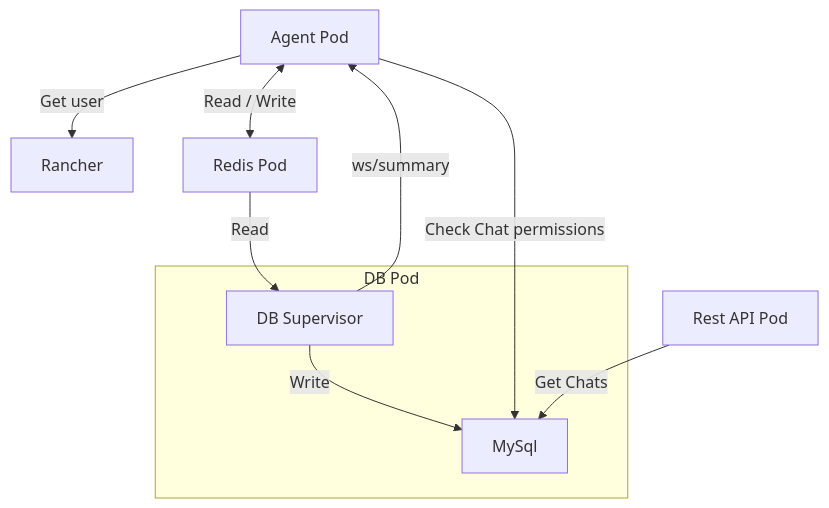
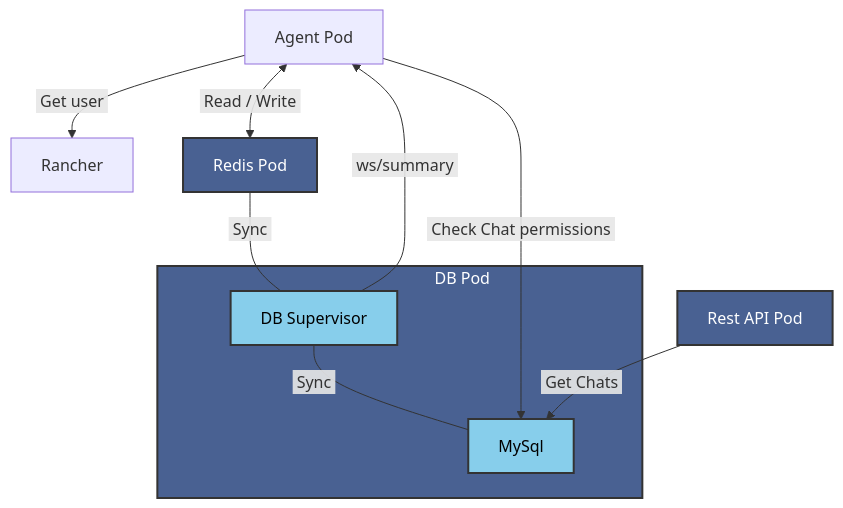
The second of 2 diagrams in projects/2025-liz-autocomplete/README.md (torchiaf/hackweek), drawn with Mermaid before and after one commit. The commit also changed other lines of this file, not shown here.

Commit message:
Udpate project 2025-liz-autocomplete 3 - README.md

````diff
--- a/projects/2025-liz-autocomplete/README.md
+++ b/projects/2025-liz-autocomplete/README.md
@@ -58,16 +60,22 @@
 ```mermaid
 graph TD
-    B -->|Get user| A[Rancher]
-    B[Agent Pod] <-->|Read / Write| C[Redis Pod]
+    B -->|&nbsp;Get user&nbsp;| A[Rancher]
+    B[Agent Pod] <-->|&nbsp;Read / Write&nbsp;| C[Redis Pod]
     
-    subgraph Pod[DB Pod]
+    subgraph DB_Pod["&nbsp;&nbsp;&nbsp;&nbsp;&nbsp;&nbsp;&nbsp;&nbsp;&nbsp;&nbsp;&nbsp;&nbsp;&nbsp;&nbsp;&nbsp;&nbsp;&nbsp;&nbsp;&nbsp;&nbsp;&nbsp;&nbsp;&nbsp;&nbsp;&nbsp;&nbsp;&nbsp;&nbsp;&nbsp;&nbsp;DB Pod"]
         D[MySql]
         E[DB Supervisor]
-        E -->|Write| D
+        E ---|&nbsp;Sync&nbsp;| D
     end
     
-    C -->|Read| E
-    B -->|Check Chat permissions| D
-    E -->|ws/summary| B
-    F[Rest API Pod] -->|Get Chats| D
+    C ---|&nbsp;Sync&nbsp;| E
+    B -->|&nbsp;Check Chat permissions&nbsp;| D
+    E -->|&nbsp;ws/summary&nbsp;| B
+    F[Rest API Pod] -->|&nbsp;Get Chats&nbsp;| D
+
+    style D fill:#87CEEB,stroke:#333,stroke-width:2px,color:#000
+    style E fill:#87CEEB,stroke:#333,stroke-width:2px,color:#000
+    style C fill:#496192,stroke:#333,stroke-width:2px,color:#fff
+    style DB_Pod fill:#496192,stroke:#333,stroke-width:2px,color:#fff
+    style F fill:#496192,stroke:#333,stroke-width:2px,color:#fff
 ```
````
